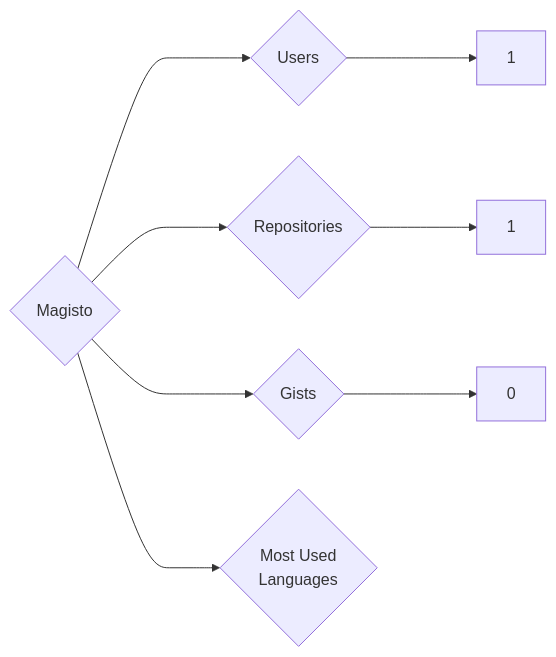
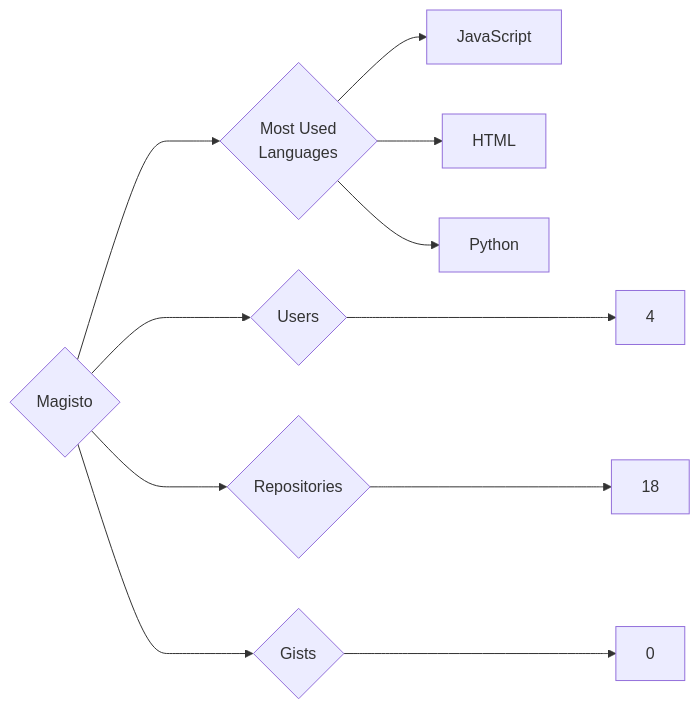
The diagram in targets/Magisto/README.md (trickest/insiders), drawn with Mermaid before and after one commit. The commit also changed 723 other files, not shown here.

````diff
--- a/targets/Magisto/README.md
+++ b/targets/Magisto/README.md
@@ -3,8 +3,11 @@
 ```mermaid
 graph LR
 COMPANY_NAME{Magisto}
-COMPANY_NAME ---> U{Users} ---> UN[1]
-COMPANY_NAME ---> R{Repositories} ---> RN[1]
+COMPANY_NAME ---> U{Users} ---> UN[4]
+COMPANY_NAME ---> R{Repositories} ---> RN[18]
 COMPANY_NAME ---> G{Gists} ---> GN[0]
 COMPANY_NAME ---> ML{Most Used<br>Languages}
+ML --> JavaScript[JavaScript]
+ML --> HTML[HTML]
+ML --> Python[Python]
 ```
````
